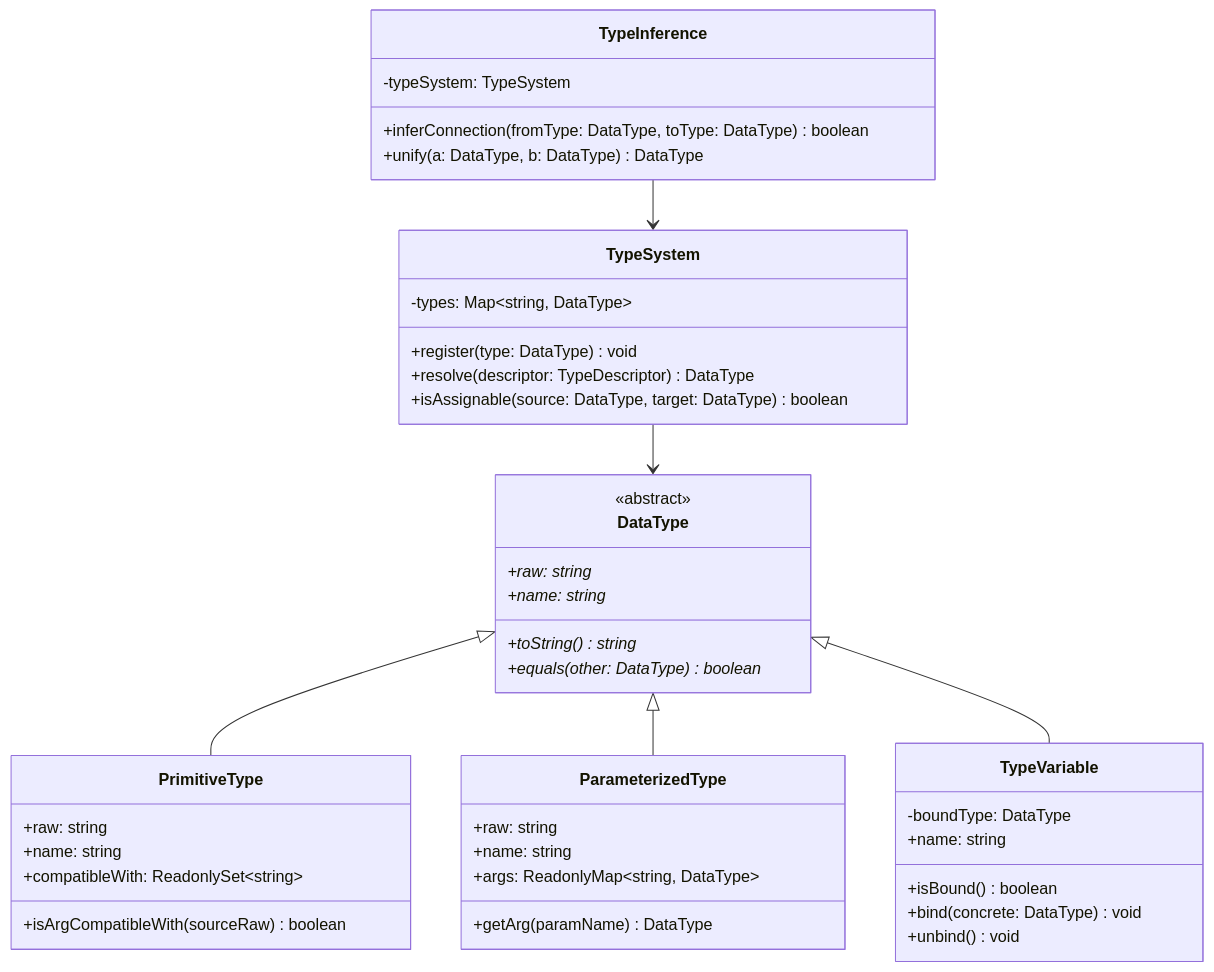
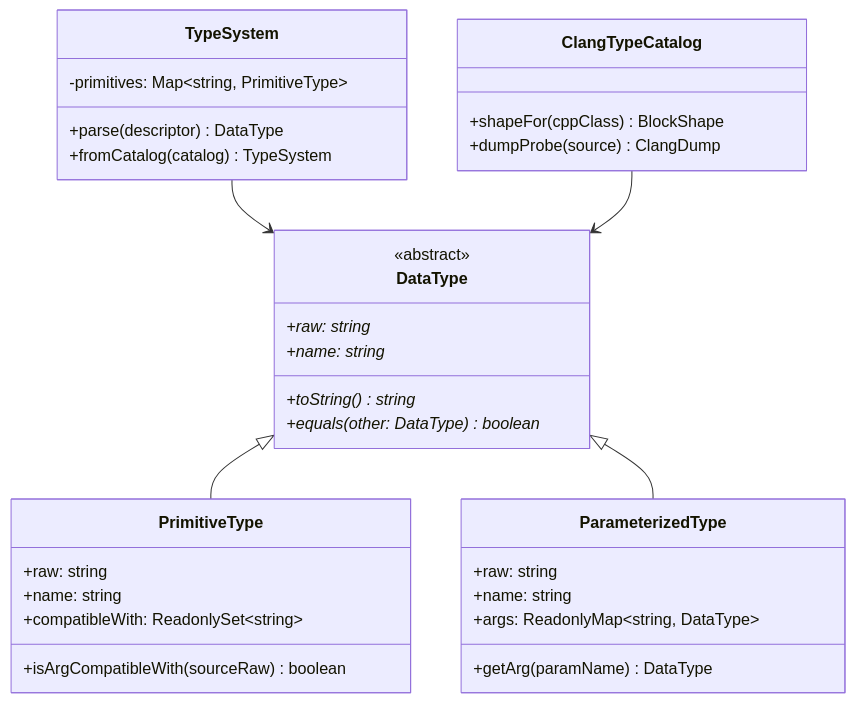
Before and after one commit to dzmauchy/bld: the fifth of 5 diagrams in README.md, drawn with Mermaid. The commit also changed other lines of this file and 53 other files, not shown here.

First line of the commit message:
Read block and type metadata from header comments (#42)

````diff
--- a/README.md
+++ b/README.md
@@ -331,48 +331,38 @@
 ```mermaid
 classDiagram
     direction TB
     class DataType {
         <<abstract>>
         +raw: string*
         +name: string*
         +toString()* string
         +equals(other: DataType)* boolean
     }
     class PrimitiveType {
         +raw: string
         +name: string
         +compatibleWith: ReadonlySet~string~
         +isArgCompatibleWith(sourceRaw) boolean
     }
     class ParameterizedType {
         +raw: string
         +name: string
         +args: ReadonlyMap~string, DataType~
         +getArg(paramName) DataType
     }
-    class TypeVariable {
-        -boundType: DataType
-        +name: string
-        +isBound() boolean
-        +bind(concrete: DataType) void
-        +unbind() void
-    }
     DataType <|-- PrimitiveType
     DataType <|-- ParameterizedType
-    DataType <|-- TypeVariable
 
     class TypeSystem {
-        -types: Map~string, DataType~
-        +register(type: DataType) void
-        +resolve(descriptor: TypeDescriptor) DataType
-        +isAssignable(source: DataType, target: DataType) boolean
+        -primitives: Map~string, PrimitiveType~
+        +parse(descriptor) DataType
+        +fromCatalog(catalog) TypeSystem
     }
-    class TypeInference {
-        -typeSystem: TypeSystem
-        +inferConnection(fromType: DataType, toType: DataType) boolean
-        +unify(a: DataType, b: DataType) DataType
+    class ClangTypeCatalog {
+        +shapeFor(cppClass) BlockShape
+        +dumpProbe(source) ClangDump
     }
 
     TypeSystem --> DataType
-    TypeInference --> TypeSystem
+    ClangTypeCatalog --> DataType
 ```
````
